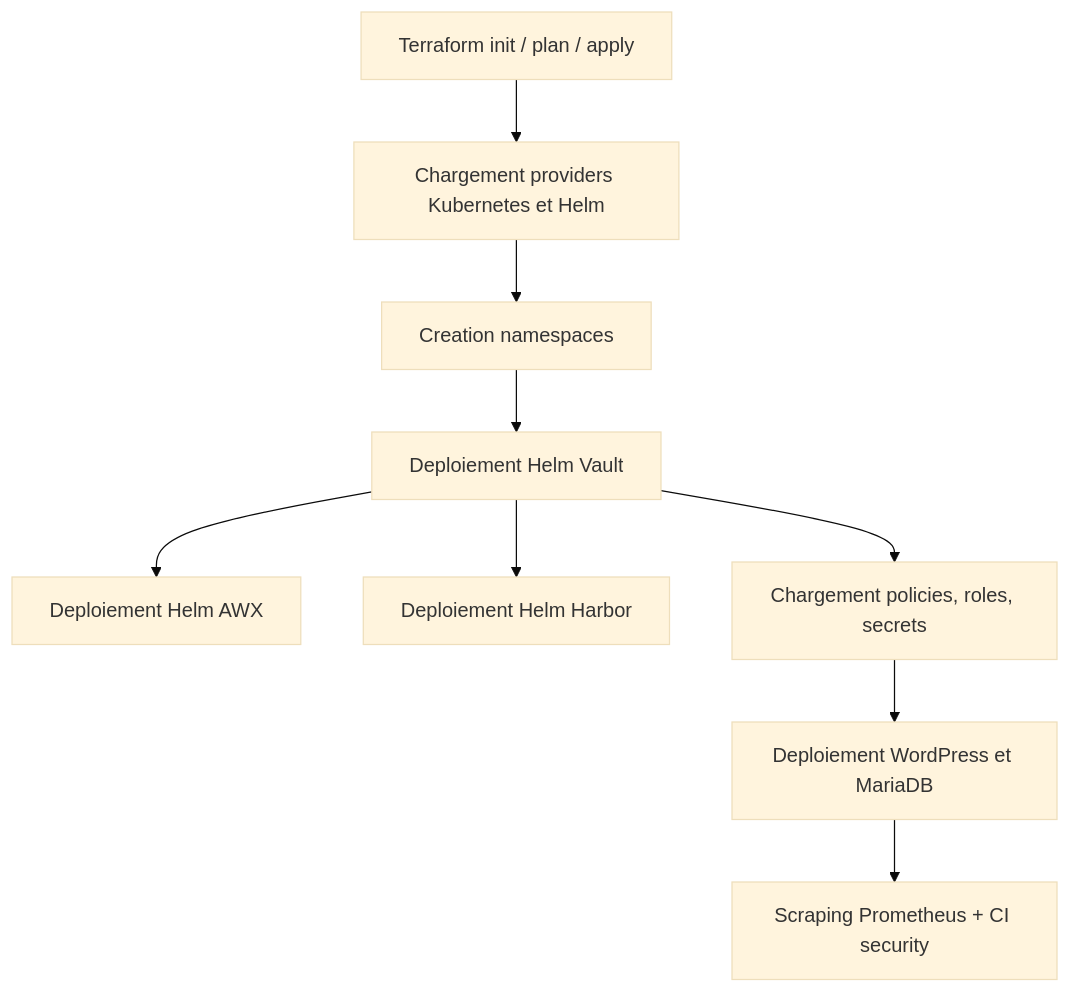
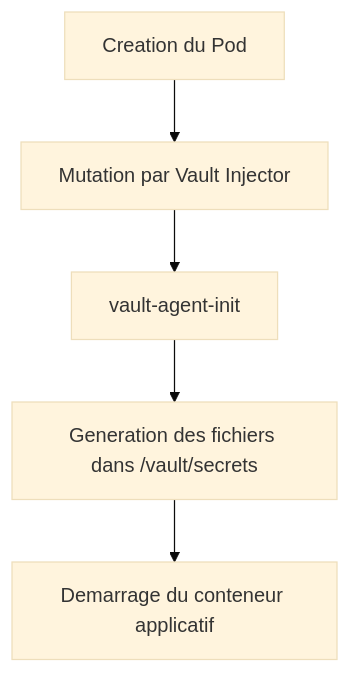
Before and after one commit to RobinThiriet/Vault_Terraform_GitHub_Actions_Securisee: the third of 4 diagrams in docs/ARCHITECTURE.md, drawn with Mermaid (base theme). The commit also changed other lines of this file and 1 other file, not shown here.

````diff
--- a/docs/ARCHITECTURE.md
+++ b/docs/ARCHITECTURE.md
@@ -168,21 +216,7 @@
 ```mermaid
 flowchart TD
-    Start[Terraform init / plan / apply]
-    Providers[Chargement providers Kubernetes et Helm]
-    Namespaces[Creation namespaces]
-    VaultDeploy[Deploiement Helm Vault]
-    AwxDeploy[Deploiement Helm AWX]
-    HarborDeploy[Deploiement Helm Harbor]
-    VaultBootstrap[Chargement policies, roles, secrets]
-    Apps[Deploiement WordPress et MariaDB]
-    Observe[Scraping Prometheus + CI security]
-
-    Start --> Providers
-    Providers --> Namespaces
-    Namespaces --> VaultDeploy
-    VaultDeploy --> AwxDeploy
-    VaultDeploy --> HarborDeploy
-    VaultDeploy --> VaultBootstrap
-    VaultBootstrap --> Apps
-    Apps --> Observe
+    PodCreate[Creation du Pod] --> Webhook[Mutation par Vault Injector]
+    Webhook --> Init[vault-agent-init]
+    Init --> Secrets[Generation des fichiers dans /vault/secrets]
+    Secrets --> App[Demarrage du conteneur applicatif]
 ```
````
